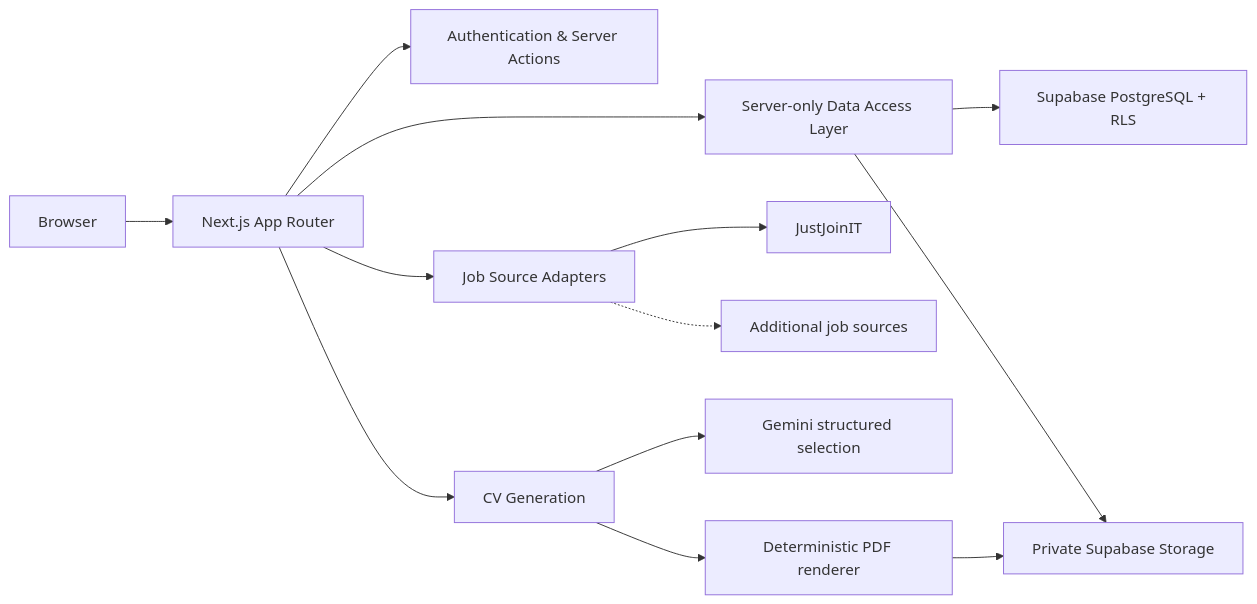
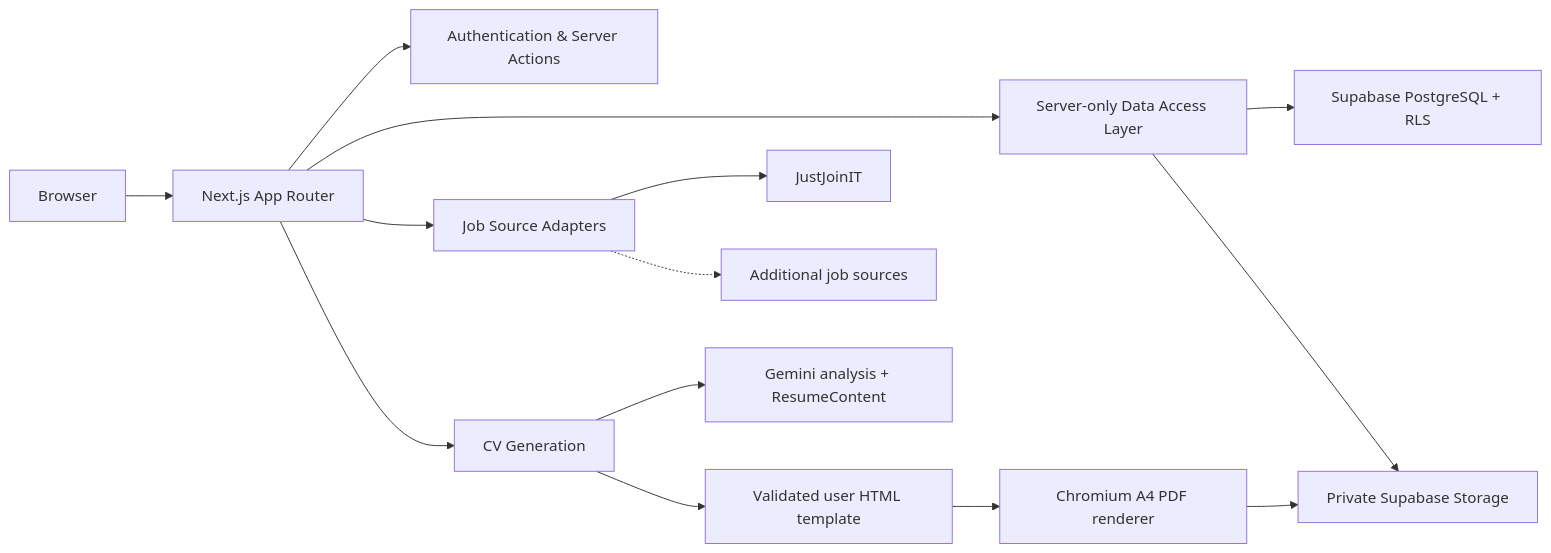
Before and after one commit to yevhen-bychkov-dev/job_search: the diagram in README.md, drawn with Mermaid. The commit also changed other lines of this file and 28 other files, not shown here.

Commit message:
fix: resume create flow

````diff
--- a/README.md
+++ b/README.md
@@ -38,19 +38,20 @@
 ```mermaid
 flowchart LR
     Browser --> Next["Next.js App Router"]
 
     Next --> Auth["Authentication & Server Actions"]
     Next --> DAL["Server-only Data Access Layer"]
     Next --> Sources["Job Source Adapters"]
     Next --> CV["CV Generation"]
 
     DAL --> DB["Supabase PostgreSQL + RLS"]
     DAL --> Storage["Private Supabase Storage"]
 
     Sources --> JJ["JustJoinIT"]
     Sources -.-> Future["Additional job sources"]
 
-    CV --> Gemini["Gemini structured selection"]
-    CV --> PDF["Deterministic PDF renderer"]
+    CV --> Gemini["Gemini analysis + ResumeContent"]
+    CV --> Template["Validated user HTML template"]
+    Template --> PDF["Chromium A4 PDF renderer"]
     PDF --> Storage
 ```
````
